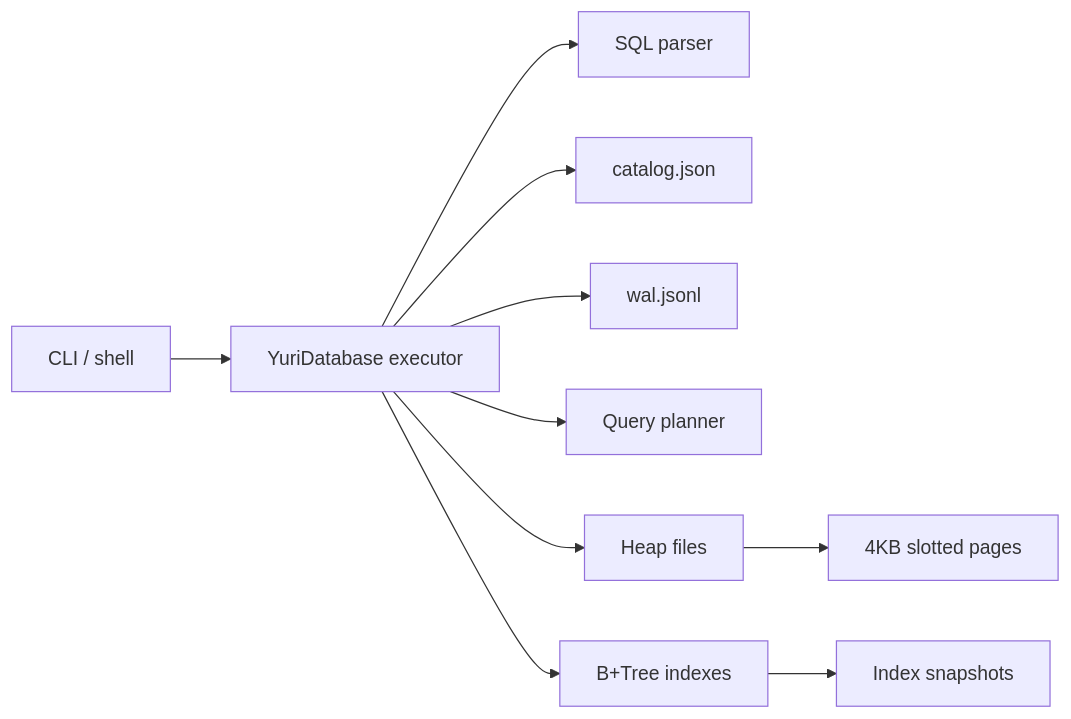
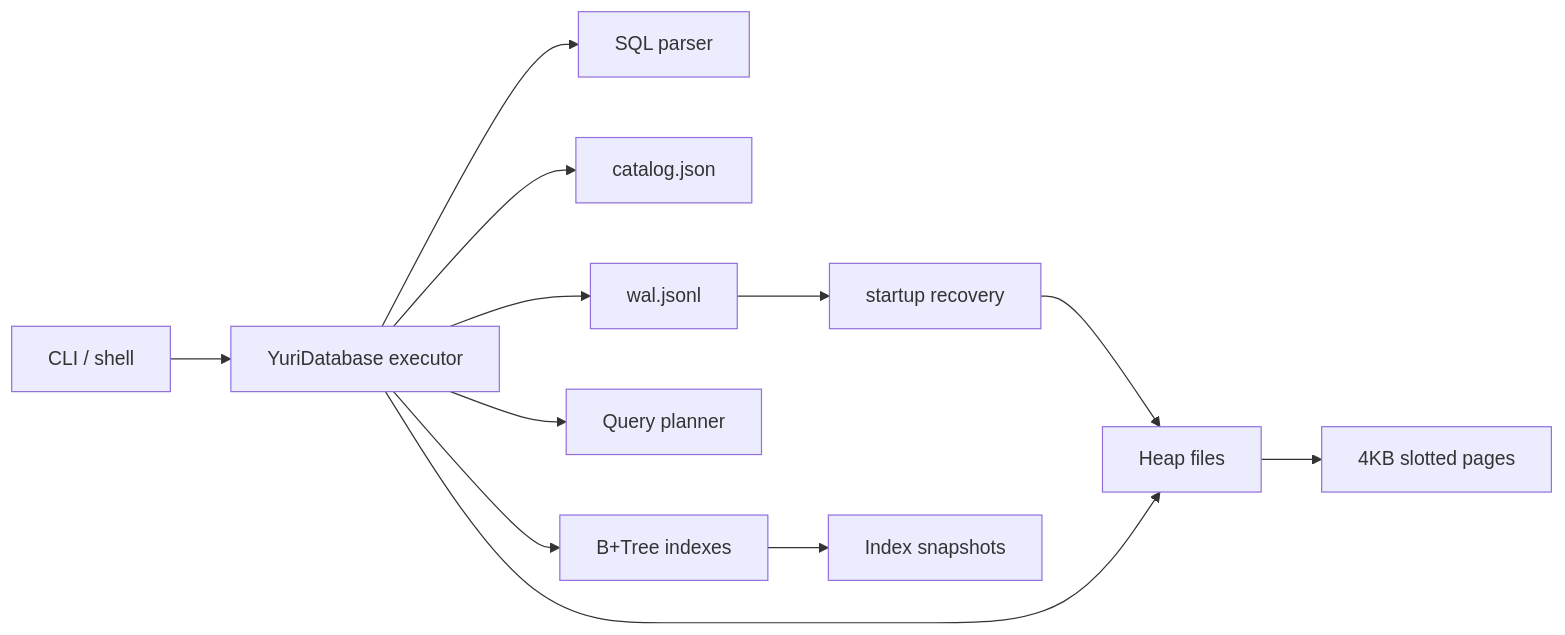
Before and after one commit to yuribarbosacouto/yuri-db-lab: the diagram in README.md, drawn with Mermaid. The commit also changed other lines of this file and 16 other files, not shown here.

Commit message:
Add startup WAL recovery

````diff
--- a/README.md
+++ b/README.md
@@ -96,12 +104,14 @@
 ```mermaid
 flowchart LR
   CLI["CLI / shell"] --> DB["YuriDatabase executor"]
   DB --> Parser["SQL parser"]
   DB --> Catalog["catalog.json"]
   DB --> WAL["wal.jsonl"]
+  WAL --> Recovery["startup recovery"]
+  Recovery --> Heap
   DB --> Planner["Query planner"]
   DB --> Heap["Heap files"]
   Heap --> Pages["4KB slotted pages"]
   DB --> Index["B+Tree indexes"]
   Index --> Snapshots["Index snapshots"]
 ```
````
